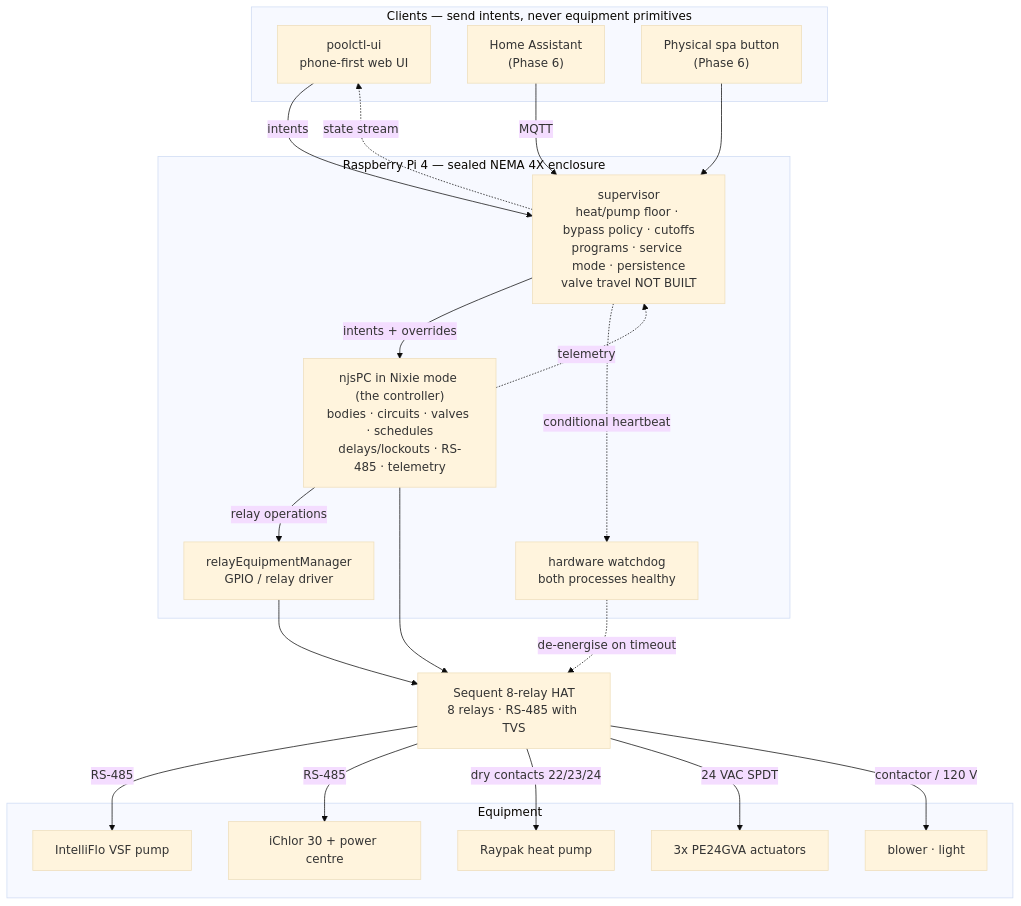
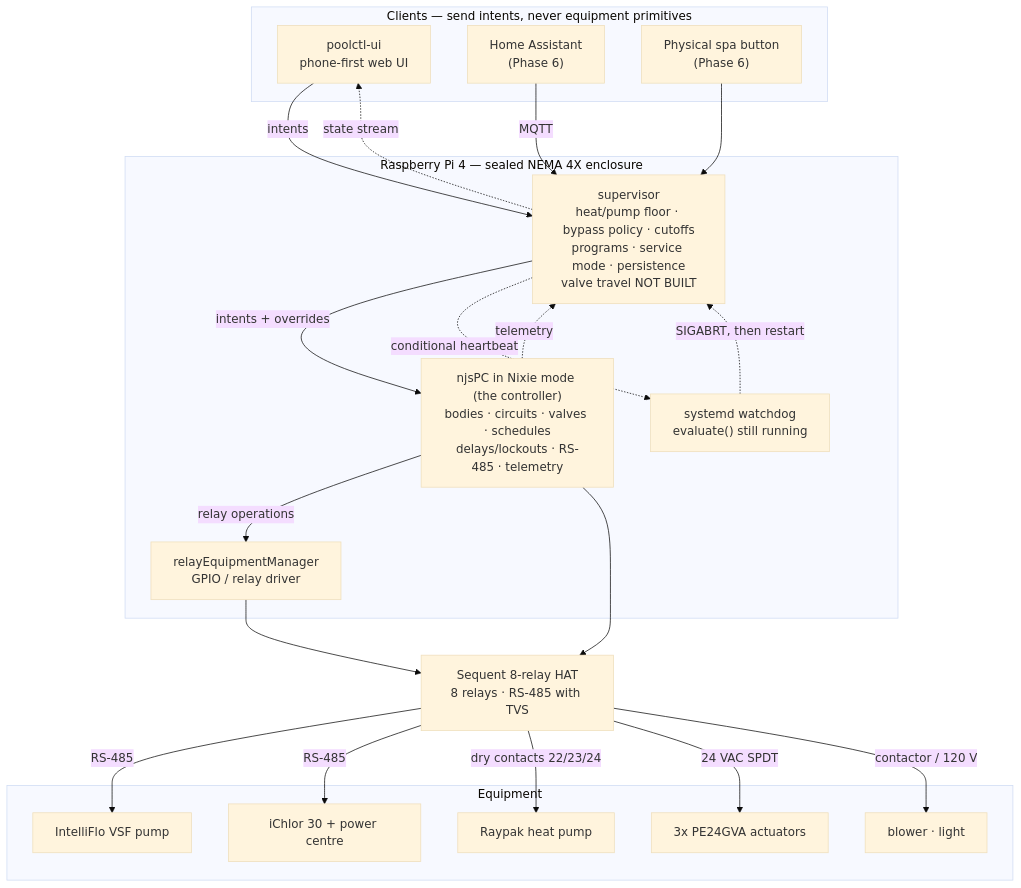
The diagram in docs/architecture.md (j4rs/poolctl), drawn with Mermaid (base theme) before and after one commit. The commit also changed other lines of this file and 3 other files, not shown here.

````diff
--- a/docs/architecture.md
+++ b/docs/architecture.md
@@ -17,42 +17,42 @@
 ```mermaid
 flowchart TB
   subgraph clients["Clients — send intents, never equipment primitives"]
     UI["poolctl-ui<br/>phone-first web UI"]
     HA["Home Assistant<br/>(Phase 6)"]
     BTN["Physical spa button<br/>(Phase 6)"]
   end
 
   subgraph pi["Raspberry Pi 4 — sealed NEMA 4X enclosure"]
     SEQ["supervisor<br/>heat/pump floor · bypass policy · cutoffs<br/>programs · service mode · persistence<br/>valve travel NOT BUILT"]
     NJS["njsPC in Nixie mode (the controller)<br/>bodies · circuits · valves · schedules<br/>delays/lockouts · RS-485 · telemetry"]
     REM["relayEquipmentManager<br/>GPIO / relay driver"]
-    WD["hardware watchdog<br/>both processes healthy"]
+    WD["systemd watchdog<br/>evaluate() still running"]
   end
 
   HAT["Sequent 8-relay HAT<br/>8 relays · RS-485 with TVS"]
 
   subgraph equip["Equipment"]
     PUMP["IntelliFlo VSF pump"]
     CELL["iChlor 30 + power centre"]
     HTR["Raypak heat pump"]
     VLV["3x PE24GVA actuators"]
     AUX["blower · light"]
   end
 
   UI -->|intents| SEQ
   HA -->|MQTT| SEQ
   BTN --> SEQ
   SEQ -->|intents + overrides| NJS
   NJS -->|relay operations| REM
   SEQ -.->|conditional heartbeat| WD
   NJS -.->|telemetry| SEQ
   SEQ -.->|state stream| UI
   NJS --> HAT
   REM --> HAT
-  WD -.->|de-energise on timeout| HAT
+  WD -.->|SIGABRT, then restart| SEQ
   HAT -->|RS-485| PUMP
   HAT -->|RS-485| CELL
   HAT -->|dry contacts 22/23/24| HTR
   HAT -->|24 VAC SPDT| VLV
   HAT -->|contactor / 120 V| AUX
 ```
````
